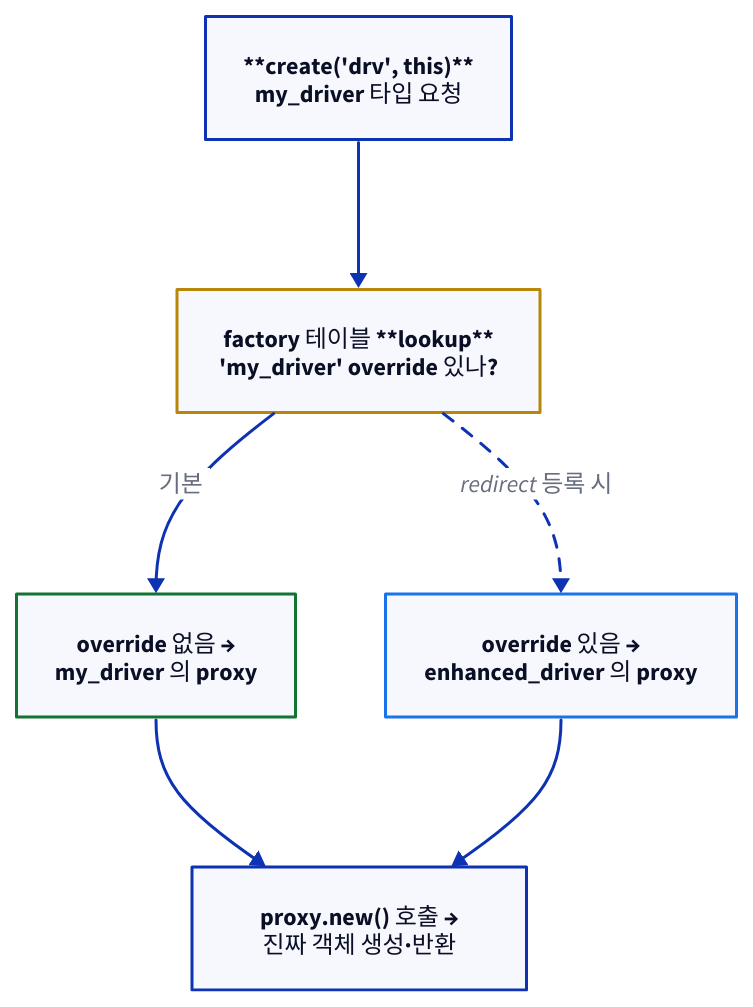
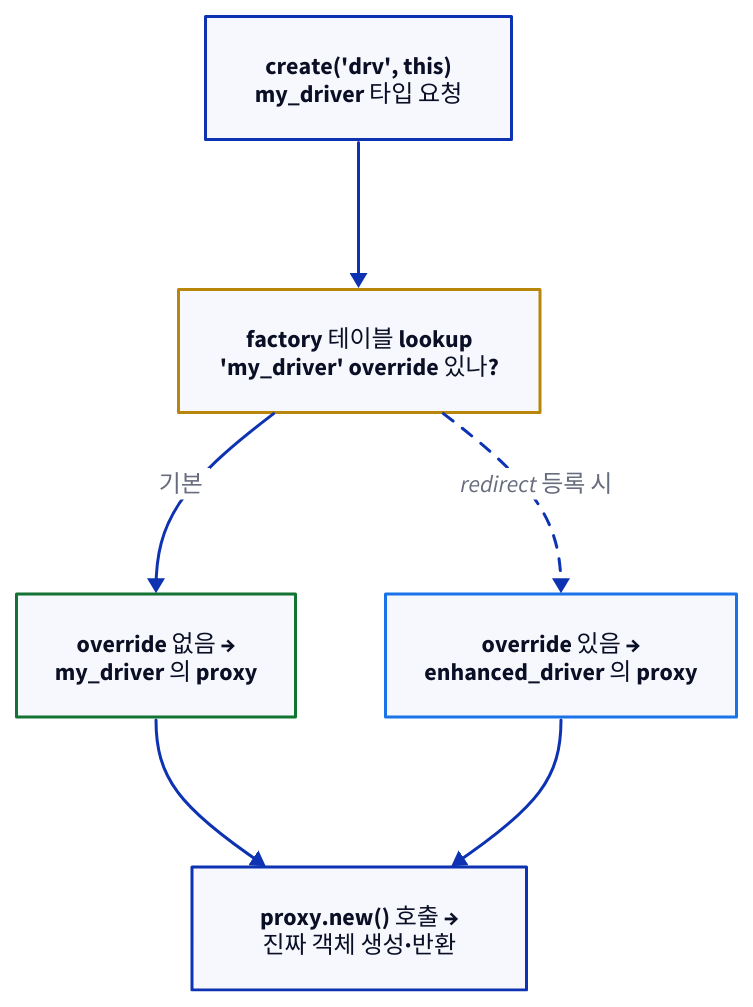
The third of 3 diagrams in starlight_site/src/content/docs/uvm/04_config_db_factory.md (humbleowl39/DV_SKOOL), drawn with D2 before and after one commit. The commit also changed other lines of this file and 714 other files, not shown here.

First line of the commit message:
fix(site): d2 다이어그램 가독성 결함 6종 일괄 수정

````diff
--- a/starlight_site/src/content/docs/uvm/04_config_db_factory.md
+++ b/starlight_site/src/content/docs/uvm/04_config_db_factory.md
@@ -246,13 +246,13 @@
 ```d2
 direction: down
-C: "**create('drv', this)**\nmy_driver 타입 요청"
-L: "factory 테이블 **lookup**\n'my_driver' override 있나?" { style.stroke: "#b8860b"; style.stroke-width: 2 }
+C: "create('drv', this)\nmy_driver 타입 요청"
+L: "factory 테이블 lookup\n'my_driver' override 있나?" { style.stroke: "#b8860b"; style.stroke-width: 2 }
 P1: "override 없음 →\nmy_driver 의 proxy" { style.stroke: "#137333" }
 P2: "override 있음 →\nenhanced_driver 의 proxy" { style.stroke: "#1a73e8" }
 N: "proxy.new() 호출 →\n진짜 객체 생성·반환"
 C -> L
 L -> P1: "기본"
 L -> P2: "redirect 등록 시" { style.stroke-dash: 4 }
 P1 -> N
 P2 -> N
 ```
````
